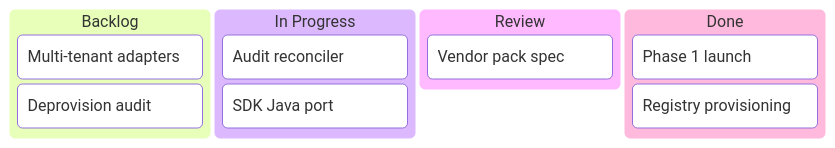
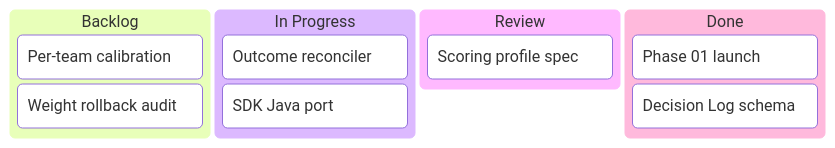
Before and after one commit to SlideWright/lattice: diagram 19 of 25 in lib/components/diagram/diagram/diagram.gallery.md, drawn with Mermaid. The commit also changed other lines of this file and 81 other files, not shown here.

````diff
--- a/lib/components/diagram/diagram/diagram.gallery.md
+++ b/lib/components/diagram/diagram/diagram.gallery.md
@@ -565,14 +565,14 @@
 ```mermaid
 kanban
   Backlog
-    [Multi-tenant adapters]
-    [Deprovision audit]
+    [Per-team calibration]
+    [Weight rollback audit]
   In Progress
-    [Audit reconciler]
+    [Outcome reconciler]
     [SDK Java port]
   Review
-    [Vendor pack spec]
+    [Scoring profile spec]
   Done
-    [Phase 1 launch]
-    [Registry provisioning]
+    [Phase 01 launch]
+    [Decision Log schema]
 ```
````
